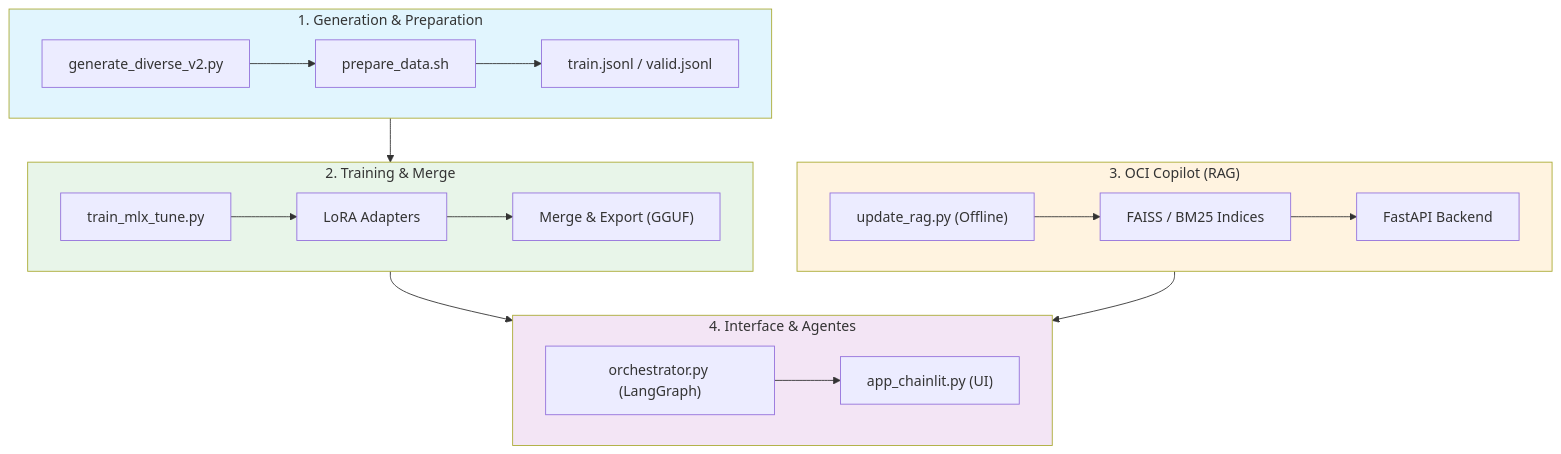
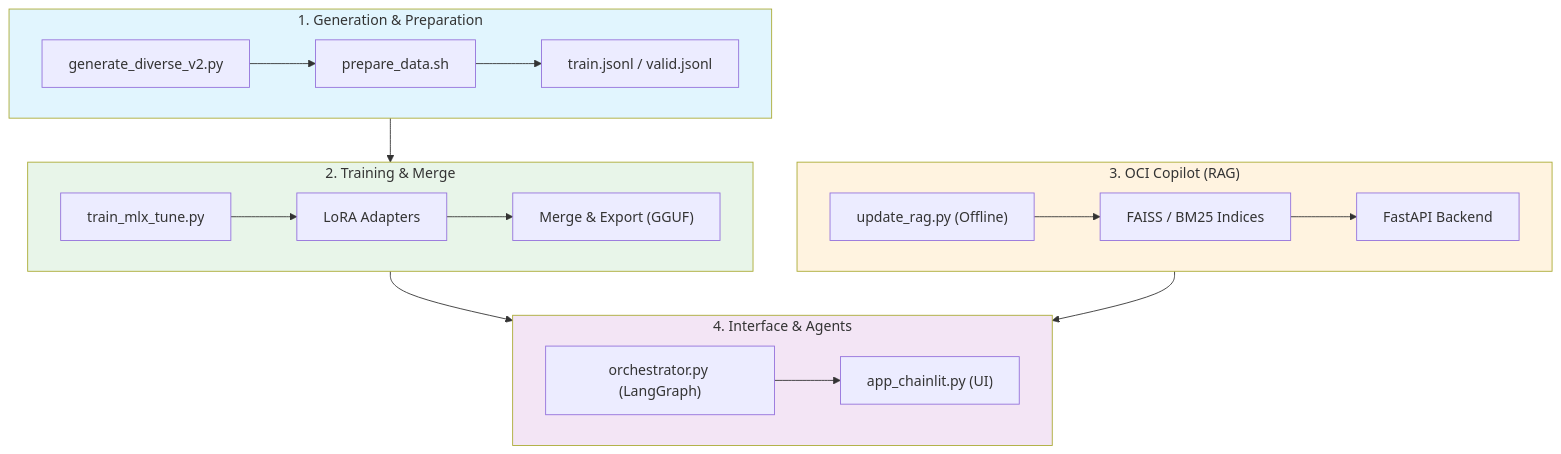
Before and after one commit to otavio-lemos/olia-2-oci: the diagram in README.en-US.md, drawn with Mermaid. The commit also changed other lines of this file and 2 other files, not shown here.

````diff
--- a/README.en-US.md
+++ b/README.en-US.md
@@ -48,30 +47,30 @@
 ```mermaid
 flowchart TD
     subgraph GENERATION["1. Generation & Preparation"]
         A1["generate_diverse_v2.py"] --> A2["prepare_data.sh"]
         A2 --> A3["train.jsonl / valid.jsonl"]
     end
 
     subgraph TRAINING["2. Training & Merge"]
         B1["train_mlx_tune.py"] --> B2["LoRA Adapters"]
         B2 --> B3["Merge & Export (GGUF)"]
     end
 
     subgraph RAG["3. OCI Copilot (RAG)"]
         C1["update_rag.py (Offline)"] --> C2["FAISS / BM25 Indices"]
         C2 --> C3["FastAPI Backend"]
     end
 
-    subgraph UI["4. Interface & Agentes"]
+    subgraph UI["4. Interface & Agents"]
         D1["orchestrator.py (LangGraph)"] --> D2["app_chainlit.py (UI)"]
     end
 
     GENERATION --> TRAINING
     TRAINING --> UI
     RAG --> UI
 
     style GENERATION fill:#e1f5fe
     style TRAINING fill:#e8f5e9
     style RAG fill:#fff3e0
     style UI fill:#f3e5f5
 ```
````
